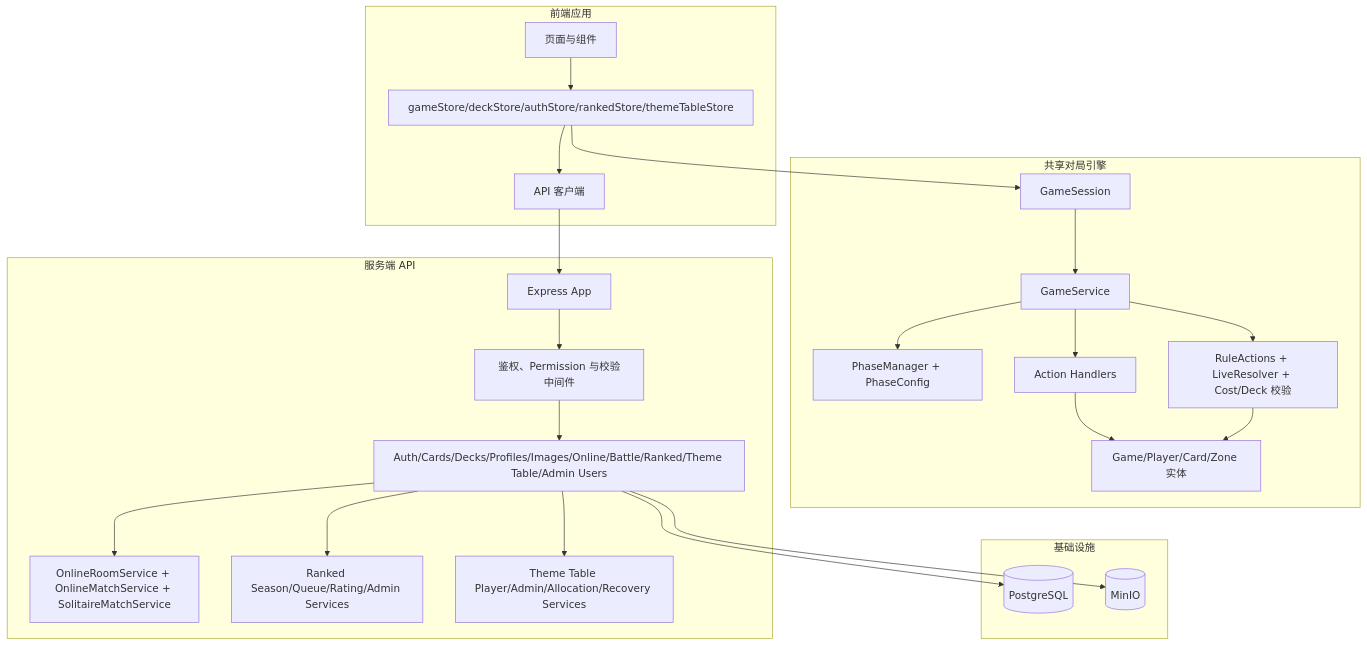
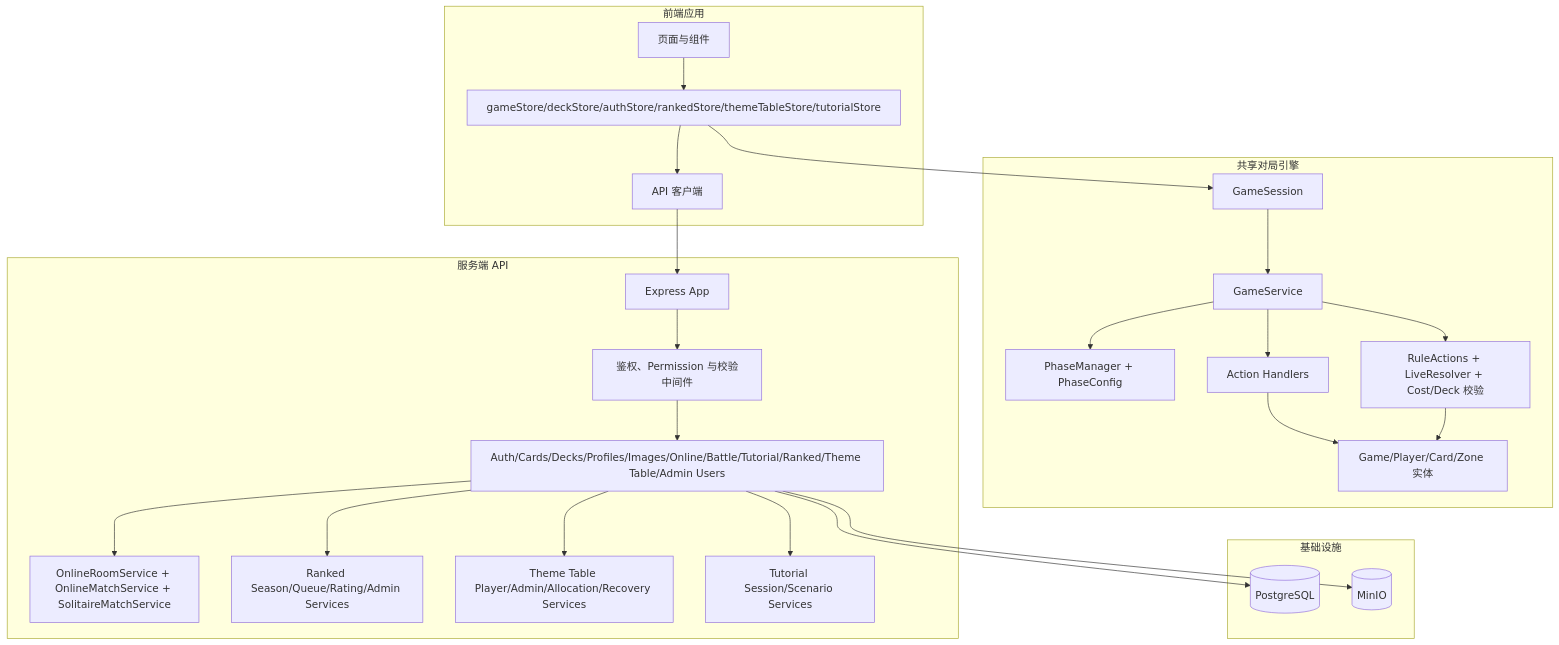
The first of 9 diagrams in docs/system-design.md (catmeow123456/loveca-dev), drawn with Mermaid before and after one commit. The commit also changed other lines of this file and 67 other files, not shown here.

````diff
--- a/docs/system-design.md
+++ b/docs/system-design.md
@@ -33,50 +33,52 @@
 ```mermaid
 graph TB
     subgraph Client[前端应用]
         UI[页面与组件]
-        GS[gameStore/deckStore/authStore/rankedStore/themeTableStore]
+        GS[gameStore/deckStore/authStore/rankedStore/themeTableStore/tutorialStore]
         APIClient[API 客户端]
     end
 
     subgraph Engine[共享对局引擎]
         Session[GameSession]
         Service[GameService]
         Phase[PhaseManager + PhaseConfig]
         Handlers[Action Handlers]
         Rules[RuleActions + LiveResolver + Cost/Deck 校验]
         Domain[Game/Player/Card/Zone 实体]
     end
 
     subgraph Server[服务端 API]
         App[Express App]
-        Routes[Auth/Cards/Decks/Profiles/Images/Online/Battle/Ranked/Theme Table/Admin Users]
+        Routes[Auth/Cards/Decks/Profiles/Images/Online/Battle/Tutorial/Ranked/Theme Table/Admin Users]
         Middleware[鉴权、Permission 与校验中间件]
         OnlineSvc[OnlineRoomService + OnlineMatchService + SolitaireMatchService]
         RankedSvc[Ranked Season/Queue/Rating/Admin Services]
         ThemeSvc[Theme Table Player/Admin/Allocation/Recovery Services]
+        TutorialSvc[Tutorial Session/Scenario Services]
     end
 
     subgraph Infra[基础设施]
         PG[(PostgreSQL)]
         MinIO[(MinIO)]
     end
 
     UI --> GS
     GS --> Session
     Session --> Service
     Service --> Phase
     Service --> Handlers
     Service --> Rules
     Handlers --> Domain
     Rules --> Domain
 
     GS --> APIClient
     APIClient --> App
     App --> Middleware
     Middleware --> Routes
     Routes --> OnlineSvc
     Routes --> RankedSvc
     Routes --> ThemeSvc
+    Routes --> TutorialSvc
     Routes --> PG
     Routes --> MinIO
 ```
````
